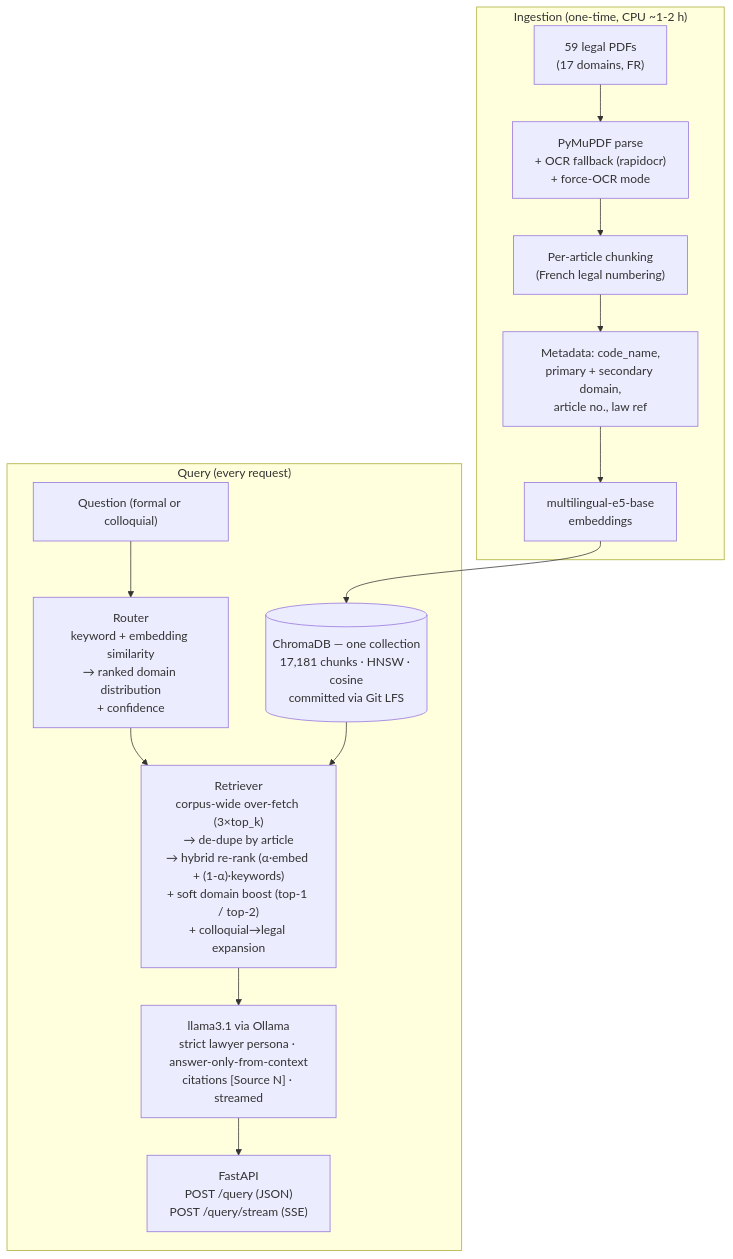
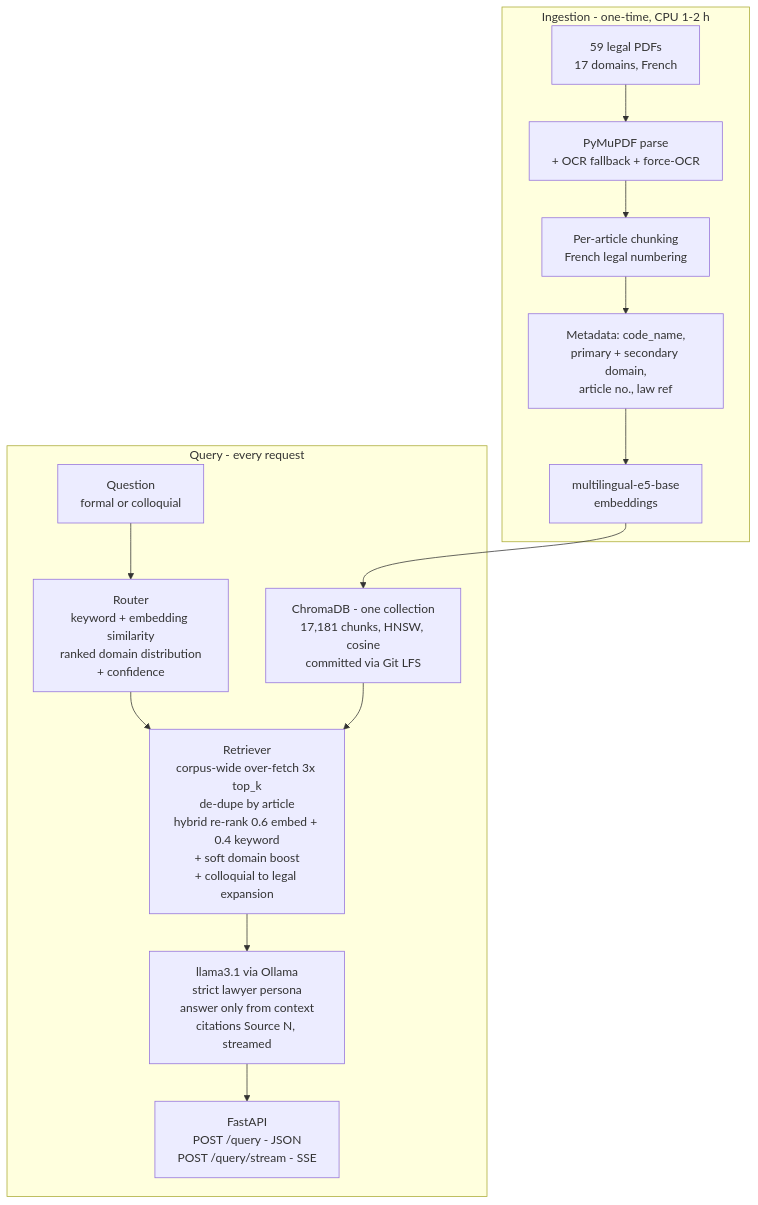
The diagram in README.md (BenBrahimMazen/Juridoc), drawn with Mermaid before and after one commit.

Commit message:
docs: fix mermaid diagram - plain ASCII labels for GitHub renderer

````diff
--- a/README.md
+++ b/README.md
@@ -72,19 +72,19 @@
 ```mermaid
 flowchart TD
-    subgraph INGEST["Ingestion (one-time, CPU ~1-2 h)"]
-        A["59 legal PDFs<br/>(17 domains, FR)"] --> B["PyMuPDF parse<br/>+ OCR fallback (rapidocr)<br/>+ force-OCR mode"]
-        B --> C["Per-article chunking<br/>(French legal numbering)"]
+    subgraph INGEST["Ingestion - one-time, CPU 1-2 h"]
+        A["59 legal PDFs<br/>17 domains, French"] --> B["PyMuPDF parse<br/>+ OCR fallback + force-OCR"]
+        B --> C["Per-article chunking<br/>French legal numbering"]
         C --> M["Metadata: code_name,<br/>primary + secondary domain,<br/>article no., law ref"]
         M --> E2["multilingual-e5-base<br/>embeddings"]
     end
 
-    E2 --> V[("ChromaDB — one collection<br/>17,181 chunks · HNSW · cosine<br/>committed via Git LFS")]
+    E2 --> V["ChromaDB - one collection<br/>17,181 chunks, HNSW, cosine<br/>committed via Git LFS"]
 
-    subgraph QUERY["Query (every request)"]
-        Q["Question (formal or colloquial)"] --> R["Router<br/>keyword + embedding similarity<br/>→ ranked domain distribution<br/>+ confidence"]
-        R --> RT["Retriever<br/>corpus-wide over-fetch (3×top_k)<br/>→ de-dupe by article<br/>→ hybrid re-rank (α·embed + (1-α)·keywords)<br/>+ soft domain boost (top-1 / top-2)<br/>+ colloquial→legal expansion"]
+    subgraph QUERY["Query - every request"]
+        Q["Question<br/>formal or colloquial"] --> R["Router<br/>keyword + embedding similarity<br/>ranked domain distribution<br/>+ confidence"]
+        R --> RT["Retriever<br/>corpus-wide over-fetch 3x top_k<br/>de-dupe by article<br/>hybrid re-rank 0.6 embed + 0.4 keyword<br/>+ soft domain boost<br/>+ colloquial to legal expansion"]
         V --> RT
-        RT --> G["llama3.1 via Ollama<br/>strict lawyer persona · answer-only-from-context<br/>citations [Source N] · streamed"]
-        G --> S["FastAPI<br/>POST /query (JSON)<br/>POST /query/stream (SSE)"]
+        RT --> G["llama3.1 via Ollama<br/>strict lawyer persona<br/>answer only from context<br/>citations Source N, streamed"]
+        G --> S["FastAPI<br/>POST /query - JSON<br/>POST /query/stream - SSE"]
     end
 ```
````
